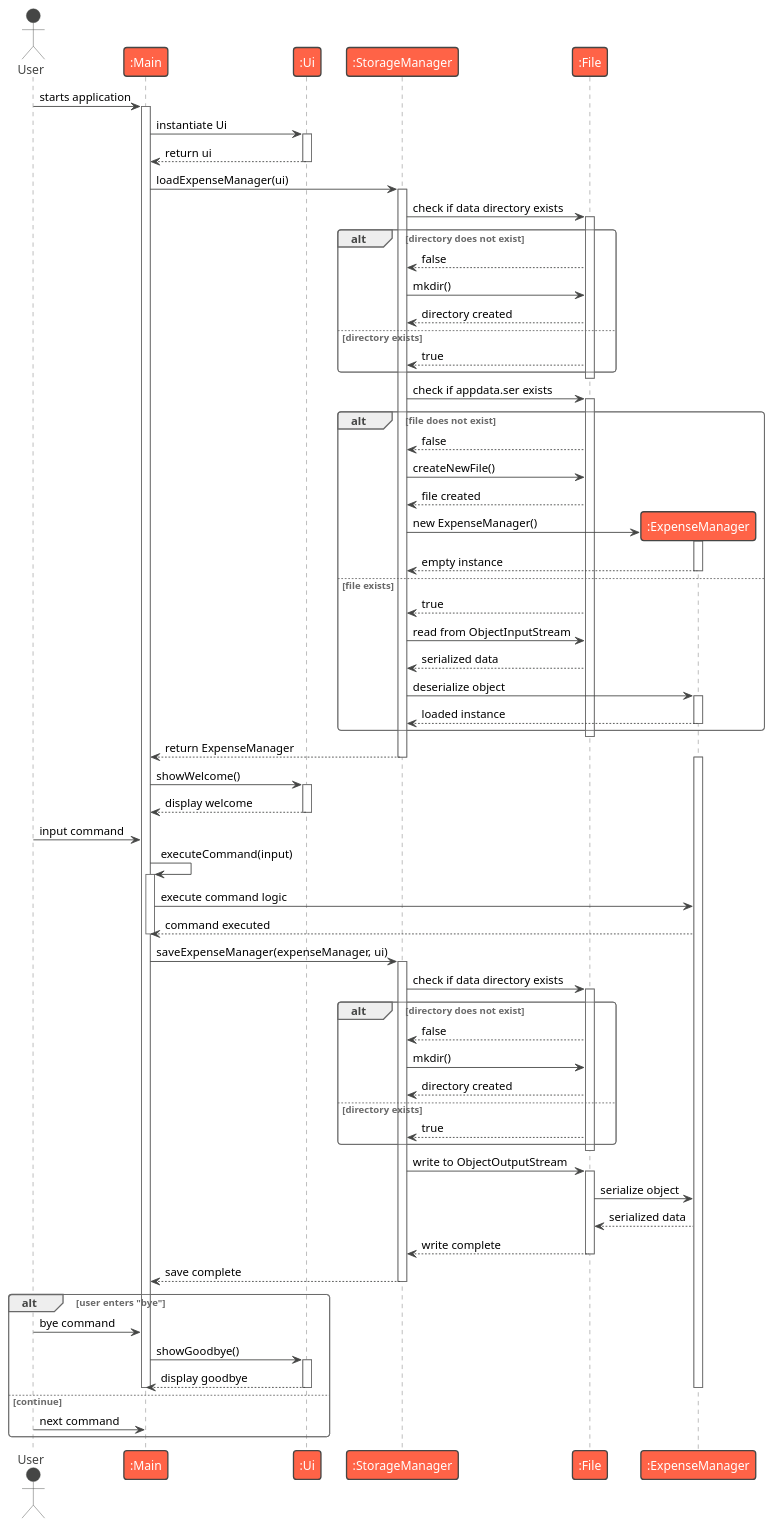
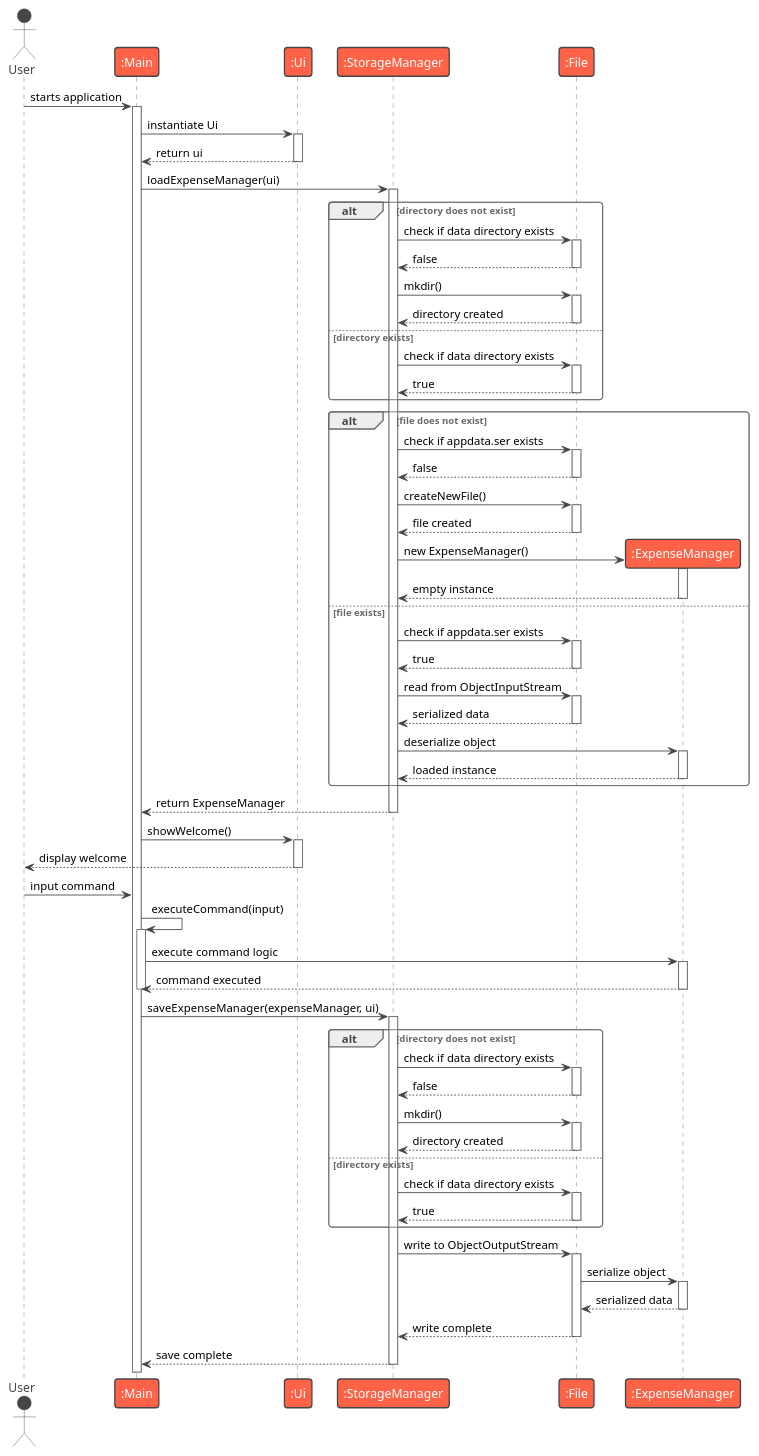
The diagram in docs/diagrams/storage-manager-sequence.puml (aydrienlaw/tp), drawn with PlantUML before and after one commit. The commit also changed 1 other file, not shown here.

Commit message:
docs: update storage sequence diagram with corrected alt diagrams

```diff
--- a/docs/diagrams/storage-manager-sequence.puml
+++ b/docs/diagrams/storage-manager-sequence.puml
@@ -3,111 +3,121 @@
 @startuml
 !theme vibrant
 actor User
 participant ":Main" as Main
 participant ":Ui" as Ui
 participant ":StorageManager" as StorageManager
 participant ":File" as File
 
 User -> Main : starts application
 activate Main
 
 Main -> Ui : instantiate Ui
 activate Ui
 Ui --> Main : return ui
 deactivate Ui
 
 ' Load ExpenseManager on startup
 Main -> StorageManager : loadExpenseManager(ui)
 activate StorageManager
 
-StorageManager -> File : check if data directory exists
-activate File
+
 alt directory does not exist
+    StorageManager -> File : check if data directory exists
+    activate File
     File --> StorageManager : false
+    deactivate File
     StorageManager -> File : mkdir()
+    activate File
     File --> StorageManager : directory created
+    deactivate File
 else directory exists
+    StorageManager -> File : check if data directory exists
+    activate File
     File --> StorageManager : true
+    deactivate File
 end
 deactivate File
 
-StorageManager -> File : check if appdata.ser exists
-activate File
 alt file does not exist
+    StorageManager -> File : check if appdata.ser exists
+    activate File
     File --> StorageManager : false
+    deactivate File
     StorageManager -> File : createNewFile()
+    activate File
     File --> StorageManager : file created
+    deactivate File
     create participant ":ExpenseManager" as ExpenseManager
     StorageManager -> ExpenseManager : new ExpenseManager()
     activate ExpenseManager
     ExpenseManager --> StorageManager : empty instance
     deactivate ExpenseManager
 else file exists
+    StorageManager -> File : check if appdata.ser exists
+    activate File
     File --> StorageManager : true
+    deactivate File
     StorageManager -> File : read from ObjectInputStream
+    activate File
     File --> StorageManager : serialized data
+    deactivate File
     StorageManager -> ExpenseManager : deserialize object
     activate ExpenseManager
     ExpenseManager --> StorageManager : loaded instance
     deactivate ExpenseManager
 end
-deactivate File
 
 StorageManager --> Main : return ExpenseManager
 deactivate StorageManager
 
-activate ExpenseManager
-
 ' Show welcome message
 Main -> Ui : showWelcome()
 activate Ui
-Ui --> Main : display welcome
+Ui --> User : display welcome
 deactivate Ui
 
 ' User input loop
 User -> Main : input command
 Main -> Main : executeCommand(input)
 activate Main
 Main -> ExpenseManager : execute command logic
+activate ExpenseManager
 ExpenseManager --> Main : command executed
+deactivate ExpenseManager
 deactivate Main
 
 ' Save ExpenseManager after command execution
 Main -> StorageManager : saveExpenseManager(expenseManager, ui)
 activate StorageManager
 
-StorageManager -> File : check if data directory exists
-activate File
 alt directory does not exist
+    StorageManager -> File : check if data directory exists
+    activate File
     File --> StorageManager : false
+    deactivate File
     StorageManager -> File : mkdir()
+    activate File
     File --> StorageManager : directory created
+    deactivate File
 else directory exists
+    StorageManager -> File : check if data directory exists
+    activate File
     File --> StorageManager : true
+    deactivate File
 end
-deactivate File
 
 StorageManager -> File : write to ObjectOutputStream
 activate File
 File -> ExpenseManager : serialize object
+activate ExpenseManager
 ExpenseManager --> File : serialized data
+deactivate ExpenseManager
 File --> StorageManager : write complete
 deactivate File
 
 StorageManager --> Main : save complete
 deactivate StorageManager
 
-' Continue loop or exit
-alt user enters "bye"
-    User -> Main : bye command
-    Main -> Ui : showGoodbye()
-    activate Ui
-    Ui --> Main : display goodbye
-    deactivate Ui
-    deactivate ExpenseManager
-    deactivate Main
-else continue
-    User -> Main : next command
-end
+
 
 @enduml
```
